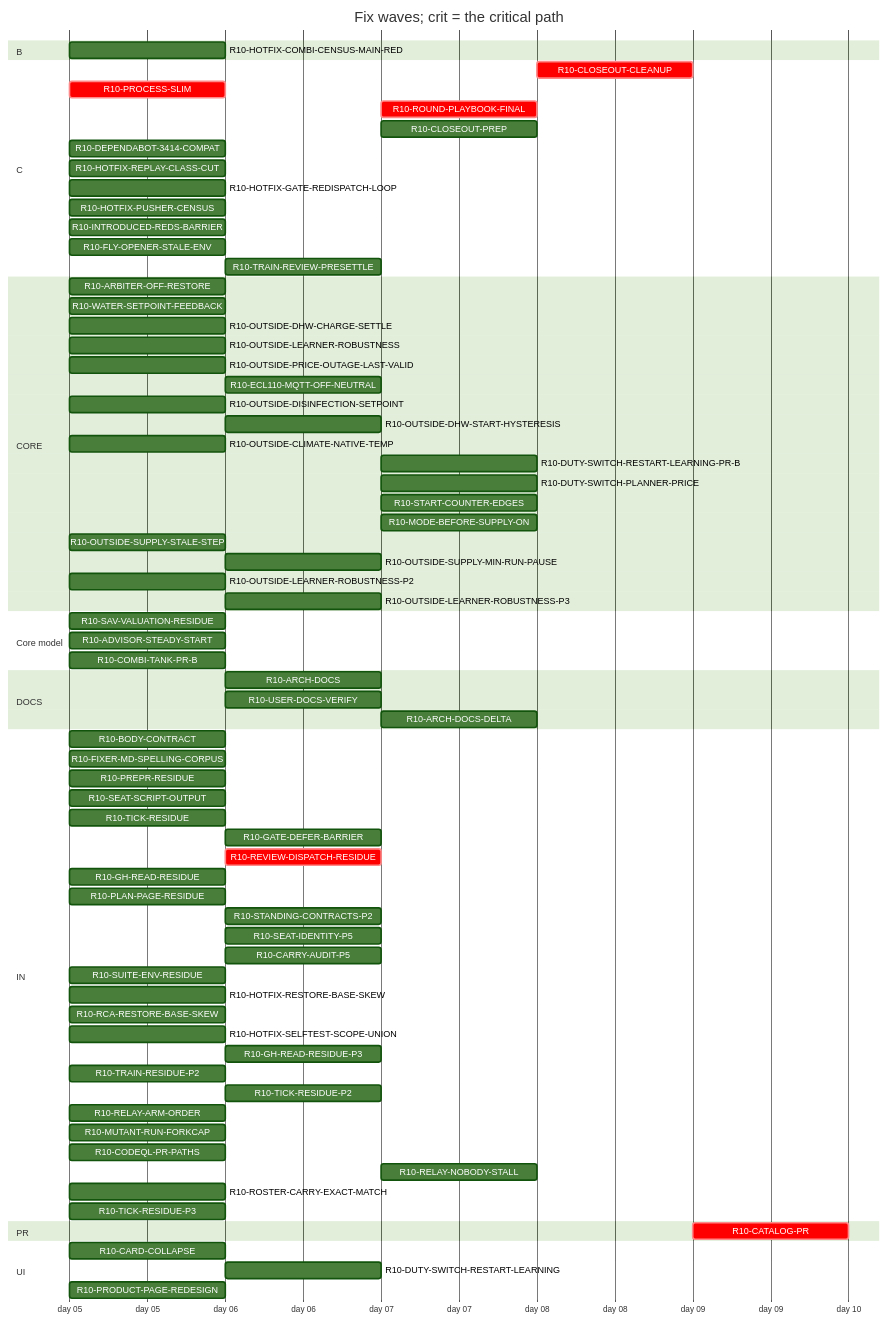
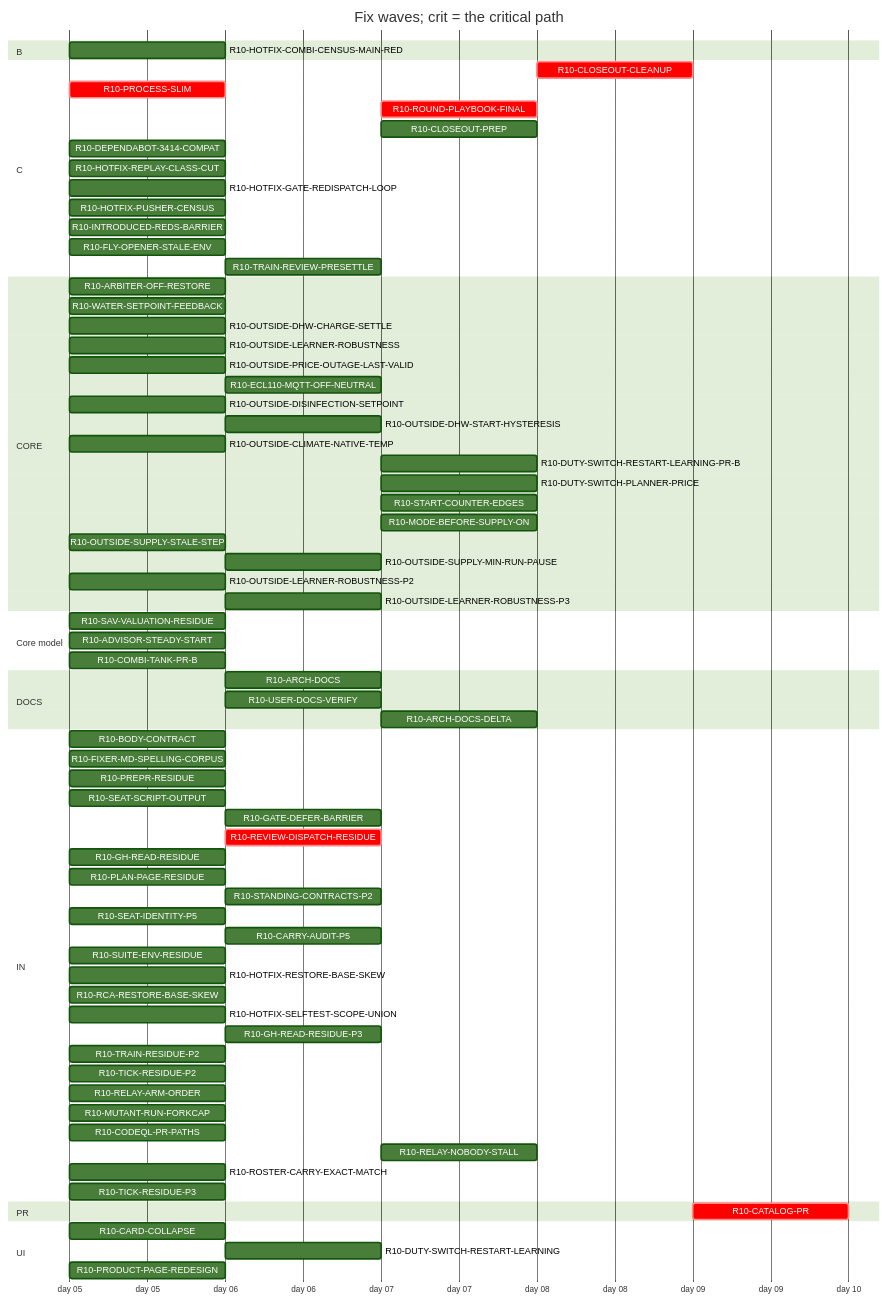
The diagram in handoff/round10/state/PLAN-TABLE.md (tvofi/heatpump_optimizer), drawn with Mermaid (forest theme) before and after one commit. The commit also changed other lines of this file and 4 other files, not shown here.

Commit message:
state: FLOW-BOARD.md, NEXT-SESSION-PROMPT.md, PLAN-TABLE.md, PLAN.html, RESUME-CURRENT.md regenerated (state_docs.py)

````diff
--- a/handoff/round10/state/PLAN-TABLE.md
+++ b/handoff/round10/state/PLAN-TABLE.md
@@ -21,78 +21,77 @@
 ```mermaid
 gantt
   title Fix waves; crit = the critical path
   dateFormat YYYY-MM-DD
   axisFormat day %d
   section B
     R10-HOTFIX-COMBI-CENSUS-MAIN-RED :r10HOTFIXCOMBICENSUSMAINRED, 2026-01-05, 1d
   section C
     R10-CLOSEOUT-CLEANUP :crit, r10CLOSEOUTCLEANUP, after r10ARCHDOCS r10USERDOCSVERIFY r10ROUNDPLAYBOOKFINAL r10CLOSEOUTPREP r10ARCHDOCSDELTA, 1d
     R10-PROCESS-SLIM :crit, r10PROCESSSLIM, 2026-01-05, 1d
-    R10-ROUND-PLAYBOOK-FINAL :crit, r10ROUNDPLAYBOOKFINAL, after r10BODYCONTRACT r10PROCESSSLIM r10FIXERMDSPELLINGCORPUS r10PREPRRESIDUE r10SEATSCRIPTOUTPUT r10REVIEWDISPATCHRESIDUE r10CARRYAUDITP5 r10TICKRESIDUE r10SEATIDENTITYP5 r10STANDINGCONTRACTSP2 r10PLANPAGERESIDUE r10GHREADRESIDUE r10SUITEENVRESIDUE r10GATEDEFERBARRIER, 1d
-    R10-CLOSEOUT-PREP :r10CLOSEOUTPREP, after r10ARCHDOCS r10BODYCONTRACT r10PROCESSSLIM r10FIXERMDSPELLINGCORPUS r10PREPRRESIDUE r10SEATSCRIPTOUTPUT r10REVIEWDISPATCHRESIDUE r10CARRYAUDITP5 r10TICKRESIDUE r10SEATIDENTITYP5 r10STANDINGCONTRACTSP2 r10PLANPAGERESIDUE r10GHREADRESIDUE r10SUITEENVRESIDUE r10GATEDEFERBARRIER, 1d
+    R10-ROUND-PLAYBOOK-FINAL :crit, r10ROUNDPLAYBOOKFINAL, after r10BODYCONTRACT r10PROCESSSLIM r10FIXERMDSPELLINGCORPUS r10PREPRRESIDUE r10SEATSCRIPTOUTPUT r10REVIEWDISPATCHRESIDUE r10CARRYAUDITP5 r10SEATIDENTITYP5 r10STANDINGCONTRACTSP2 r10PLANPAGERESIDUE r10GHREADRESIDUE r10SUITEENVRESIDUE r10GATEDEFERBARRIER, 1d
+    R10-CLOSEOUT-PREP :r10CLOSEOUTPREP, after r10ARCHDOCS r10BODYCONTRACT r10PROCESSSLIM r10FIXERMDSPELLINGCORPUS r10PREPRRESIDUE r10SEATSCRIPTOUTPUT r10REVIEWDISPATCHRESIDUE r10CARRYAUDITP5 r10SEATIDENTITYP5 r10STANDINGCONTRACTSP2 r10PLANPAGERESIDUE r10GHREADRESIDUE r10SUITEENVRESIDUE r10GATEDEFERBARRIER, 1d
     R10-DEPENDABOT-3414-COMPAT :r10DEPENDABOT3414COMPAT, 2026-01-05, 1d
     R10-HOTFIX-REPLAY-CLASS-CUT :r10HOTFIXREPLAYCLASSCUT, 2026-01-05, 1d
     R10-HOTFIX-GATE-REDISPATCH-LOOP :r10HOTFIXGATEREDISPATCHLOOP, 2026-01-05, 1d
     R10-HOTFIX-PUSHER-CENSUS :r10HOTFIXPUSHERCENSUS, 2026-01-05, 1d
     R10-INTRODUCED-REDS-BARRIER :r10INTRODUCEDREDSBARRIER, 2026-01-05, 1d
     R10-FLY-OPENER-STALE-ENV :r10FLYOPENERSTALEENV, 2026-01-05, 1d
     R10-TRAIN-REVIEW-PRESETTLE :r10TRAINREVIEWPRESETTLE, after r10TRAINRESIDUEP2, 1d
   section CORE
     R10-ARBITER-OFF-RESTORE :r10ARBITEROFFRESTORE, 2026-01-05, 1d
     R10-WATER-SETPOINT-FEEDBACK :r10WATERSETPOINTFEEDBACK, 2026-01-05, 1d
     R10-OUTSIDE-DHW-CHARGE-SETTLE :r10OUTSIDEDHWCHARGESETTLE, 2026-01-05, 1d
     R10-OUTSIDE-LEARNER-ROBUSTNESS :r10OUTSIDELEARNERROBUSTNESS, 2026-01-05, 1d
     R10-OUTSIDE-PRICE-OUTAGE-LAST-VALID :r10OUTSIDEPRICEOUTAGELASTVALID, 2026-01-05, 1d
     R10-ECL110-MQTT-OFF-NEUTRAL :r10ECL110MQTTOFFNEUTRAL, after r10ARBITEROFFRESTORE, 1d
     R10-OUTSIDE-DISINFECTION-SETPOINT :r10OUTSIDEDISINFECTIONSETPOINT, 2026-01-05, 1d
     R10-OUTSIDE-DHW-START-HYSTERESIS :r10OUTSIDEDHWSTARTHYSTERESIS, after r10OUTSIDEDISINFECTIONSETPOINT, 1d
     R10-OUTSIDE-CLIMATE-NATIVE-TEMP :r10OUTSIDECLIMATENATIVETEMP, 2026-01-05, 1d
     R10-DUTY-SWITCH-RESTART-LEARNING-PR-B :r10DUTYSWITCHRESTARTLEARNINGPRB, after r10DUTYSWITCHRESTARTLEARNING, 1d
     R10-DUTY-SWITCH-PLANNER-PRICE :r10DUTYSWITCHPLANNERPRICE, after r10DUTYSWITCHRESTARTLEARNING, 1d
     R10-START-COUNTER-EDGES :r10STARTCOUNTEREDGES, after r10DUTYSWITCHRESTARTLEARNING, 1d
     R10-MODE-BEFORE-SUPPLY-ON :r10MODEBEFORESUPPLYON, after r10DUTYSWITCHRESTARTLEARNING, 1d
     R10-OUTSIDE-SUPPLY-STALE-STEP :r10OUTSIDESUPPLYSTALESTEP, 2026-01-05, 1d
     R10-OUTSIDE-SUPPLY-MIN-RUN-PAUSE :r10OUTSIDESUPPLYMINRUNPAUSE, after r10OUTSIDESUPPLYSTALESTEP, 1d
     R10-OUTSIDE-LEARNER-ROBUSTNESS-P2 :r10OUTSIDELEARNERROBUSTNESSP2, 2026-01-05, 1d
     R10-OUTSIDE-LEARNER-ROBUSTNESS-P3 :r10OUTSIDELEARNERROBUSTNESSP3, after r10OUTSIDELEARNERROBUSTNESS r10OUTSIDELEARNERROBUSTNESSP2, 1d
   section Core model
     R10-SAV-VALUATION-RESIDUE :r10SAVVALUATIONRESIDUE, 2026-01-05, 1d
     R10-ADVISOR-STEADY-START :r10ADVISORSTEADYSTART, 2026-01-05, 1d
     R10-COMBI-TANK-PR-B :r10COMBITANKPRB, 2026-01-05, 1d
   section DOCS
     R10-ARCH-DOCS :r10ARCHDOCS, after r10BODYCONTRACT r10PROCESSSLIM, 1d
     R10-USER-DOCS-VERIFY :r10USERDOCSVERIFY, after r10ARBITEROFFRESTORE r10PRODUCTPAGEREDESIGN, 1d
     R10-ARCH-DOCS-DELTA :r10ARCHDOCSDELTA, after r10ARCHDOCS r10ARBITEROFFRESTORE r10SAVVALUATIONRESIDUE r10ADVISORSTEADYSTART r10COMBITANKPRB, 1d
   section IN
     R10-BODY-CONTRACT :r10BODYCONTRACT, 2026-01-05, 1d
     R10-FIXER-MD-SPELLING-CORPUS :r10FIXERMDSPELLINGCORPUS, 2026-01-05, 1d
     R10-PREPR-RESIDUE :r10PREPRRESIDUE, 2026-01-05, 1d
     R10-SEAT-SCRIPT-OUTPUT :r10SEATSCRIPTOUTPUT, 2026-01-05, 1d
-    R10-TICK-RESIDUE :r10TICKRESIDUE, 2026-01-05, 1d
-    R10-GATE-DEFER-BARRIER :r10GATEDEFERBARRIER, after r10TICKRESIDUE r10HOTFIXGATEREDISPATCHLOOP, 1d
+    R10-GATE-DEFER-BARRIER :r10GATEDEFERBARRIER, after r10HOTFIXGATEREDISPATCHLOOP, 1d
     R10-REVIEW-DISPATCH-RESIDUE :crit, r10REVIEWDISPATCHRESIDUE, after r10PROCESSSLIM, 1d
     R10-GH-READ-RESIDUE :r10GHREADRESIDUE, 2026-01-05, 1d
     R10-PLAN-PAGE-RESIDUE :r10PLANPAGERESIDUE, 2026-01-05, 1d
     R10-STANDING-CONTRACTS-P2 :r10STANDINGCONTRACTSP2, after r10FIXERMDSPELLINGCORPUS, 1d
-    R10-SEAT-IDENTITY-P5 :r10SEATIDENTITYP5, after r10TICKRESIDUE, 1d
+    R10-SEAT-IDENTITY-P5 :r10SEATIDENTITYP5, 2026-01-05, 1d
     R10-CARRY-AUDIT-P5 :r10CARRYAUDITP5, after r10BODYCONTRACT, 1d
     R10-SUITE-ENV-RESIDUE :r10SUITEENVRESIDUE, 2026-01-05, 1d
     R10-HOTFIX-RESTORE-BASE-SKEW :r10HOTFIXRESTOREBASESKEW, 2026-01-05, 1d
     R10-RCA-RESTORE-BASE-SKEW :r10RCARESTOREBASESKEW, 2026-01-05, 1d
     R10-HOTFIX-SELFTEST-SCOPE-UNION :r10HOTFIXSELFTESTSCOPEUNION, 2026-01-05, 1d
-    R10-GH-READ-RESIDUE-P3 :r10GHREADRESIDUEP3, after r10TICKRESIDUE r10GHREADRESIDUE, 1d
+    R10-GH-READ-RESIDUE-P3 :r10GHREADRESIDUEP3, after r10GHREADRESIDUE, 1d
     R10-TRAIN-RESIDUE-P2 :r10TRAINRESIDUEP2, 2026-01-05, 1d
-    R10-TICK-RESIDUE-P2 :r10TICKRESIDUEP2, after r10TICKRESIDUE, 1d
+    R10-TICK-RESIDUE-P2 :r10TICKRESIDUEP2, 2026-01-05, 1d
     R10-RELAY-ARM-ORDER :r10RELAYARMORDER, 2026-01-05, 1d
     R10-MUTANT-RUN-FORKCAP :r10MUTANTRUNFORKCAP, 2026-01-05, 1d
     R10-CODEQL-PR-PATHS :r10CODEQLPRPATHS, 2026-01-05, 1d
     R10-RELAY-NOBODY-STALL :r10RELAYNOBODYSTALL, after r10RELAYARMORDER r10REVIEWDISPATCHRESIDUE, 1d
     R10-ROSTER-CARRY-EXACT-MATCH :r10ROSTERCARRYEXACTMATCH, 2026-01-05, 1d
     R10-TICK-RESIDUE-P3 :r10TICKRESIDUEP3, 2026-01-05, 1d
   section PR
     R10-CATALOG-PR :crit, r10CATALOGPR, after r10USERDOCSVERIFY r10ARCHDOCS r10ROUNDPLAYBOOKFINAL r10CLOSEOUTCLEANUP r10CLOSEOUTPREP r10ARCHDOCSDELTA, 1d
   section UI
     R10-CARD-COLLAPSE :r10CARDCOLLAPSE, 2026-01-05, 1d
     R10-DUTY-SWITCH-RESTART-LEARNING :r10DUTYSWITCHRESTARTLEARNING, after r10WATERSETPOINTFEEDBACK, 1d
     R10-PRODUCT-PAGE-REDESIGN :r10PRODUCTPAGEREDESIGN, 2026-01-05, 1d
 ```
````
